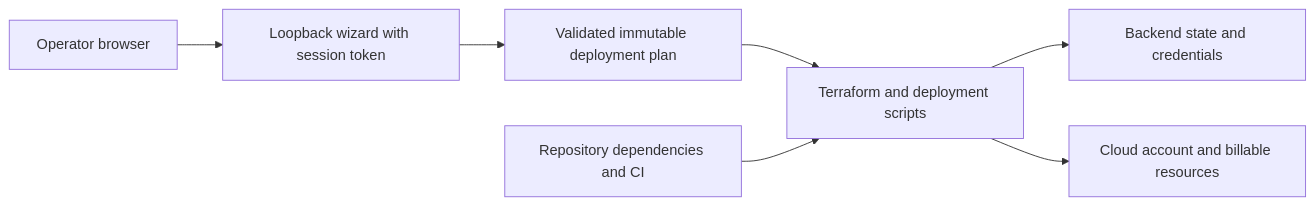
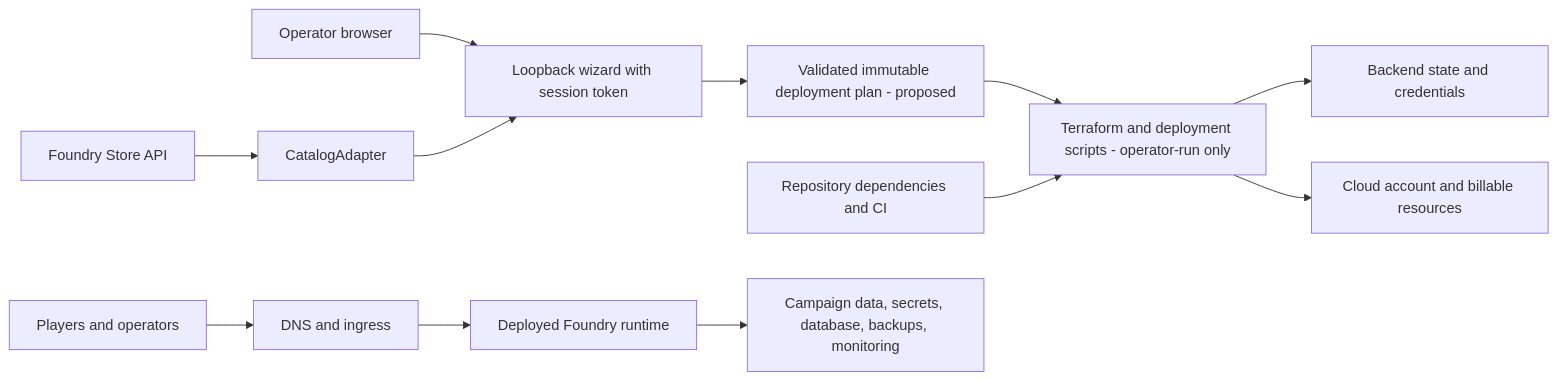
The diagram in docs/THREAT_MODEL.md (sodejm/LegendForge-CloudCampaigns), drawn with Mermaid before and after one commit. The commit also changed other lines of this file and 2 other files, not shown here.

````diff
--- a/docs/THREAT_MODEL.md
+++ b/docs/THREAT_MODEL.md
@@ -35,9 +42,14 @@
 ```mermaid
 flowchart LR
   O[Operator browser] --> W[Loopback wizard with session token]
-  W --> P[Validated immutable deployment plan]
-  P --> T[Terraform and deployment scripts]
+  F[Foundry Store API] --> A[CatalogAdapter]
+  A --> W
+  W --> P[Validated immutable deployment plan - proposed]
+  P --> T[Terraform and deployment scripts - operator-run only]
   T --> S[Backend state and credentials]
   T --> C[Cloud account and billable resources]
   R[Repository dependencies and CI] --> T
+  U[Players and operators] --> D[DNS and ingress]
+  D --> FR[Deployed Foundry runtime]
+  FR --> DA[Campaign data, secrets, database, backups, monitoring]
 ```
````
